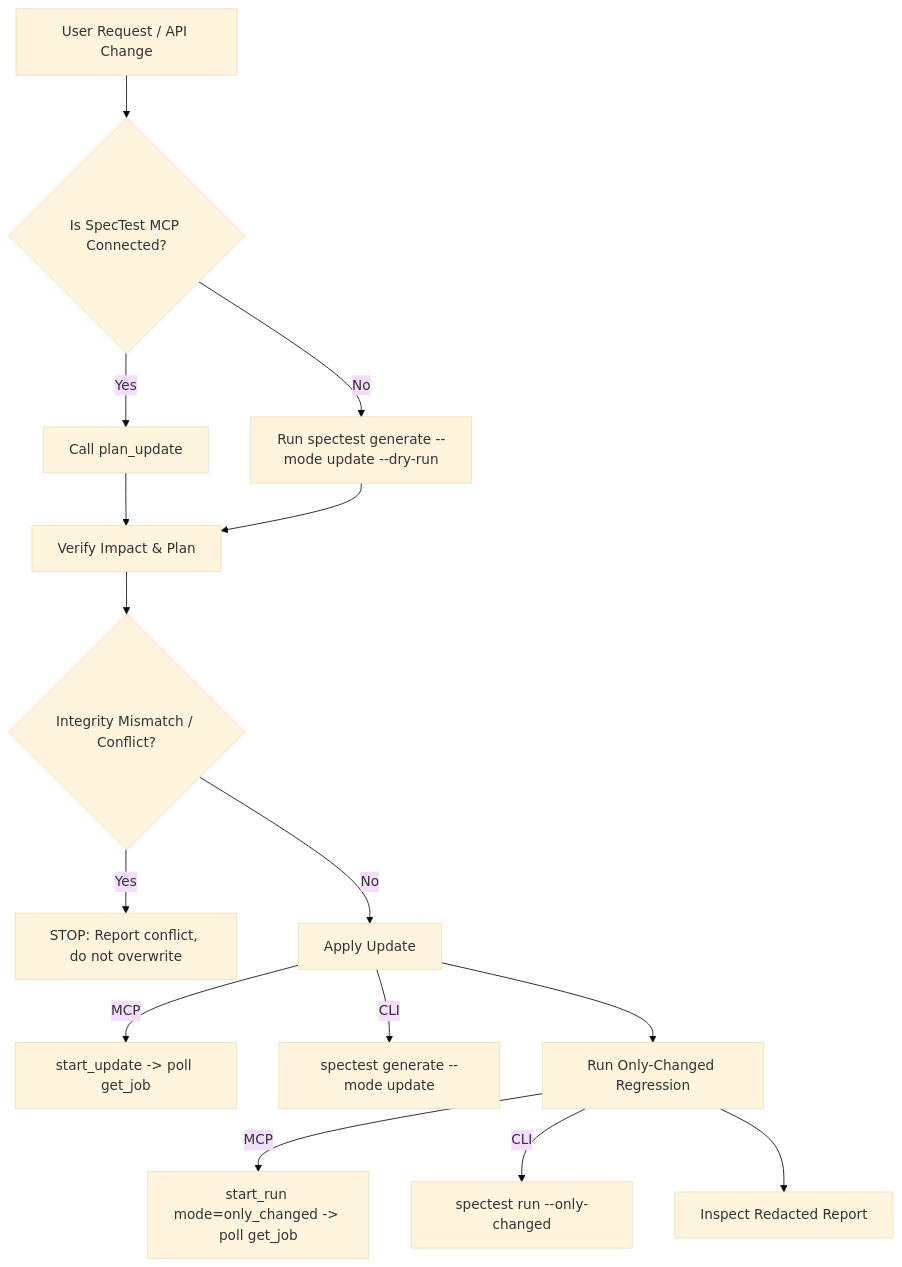
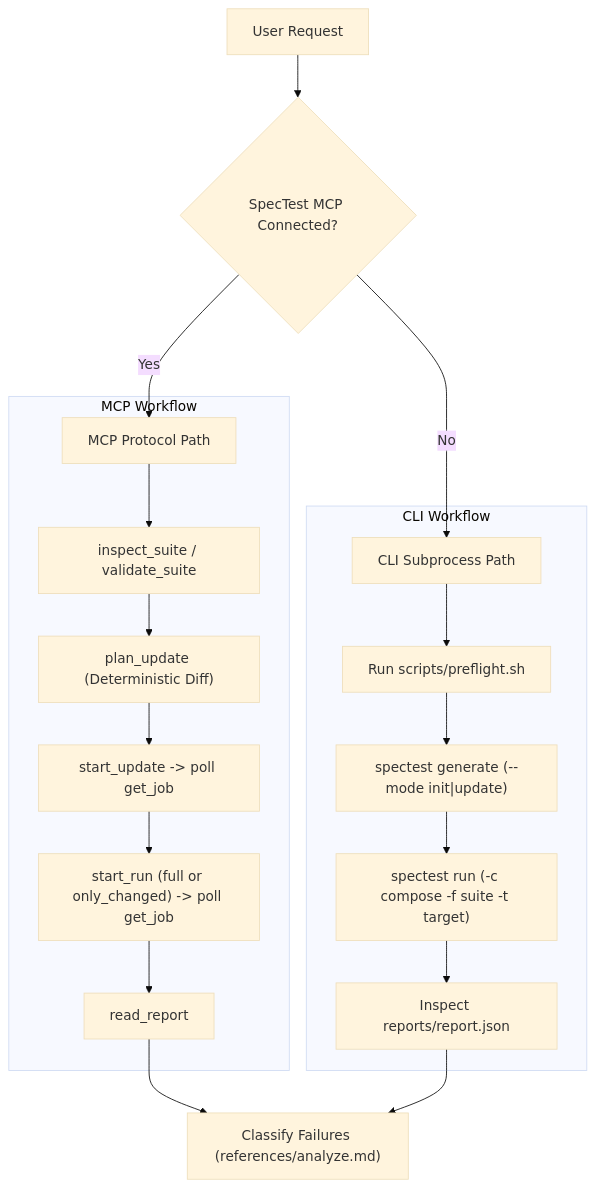
The diagram in skills/spectest/SKILL.md (nguyentin05/spectest), drawn with Mermaid (base theme) before and after one commit. The commit also changed other lines of this file and 6 other files, not shown here.

Commit message:
feat(skill): integrate 4-phase lifecycle, preflight validation and dual-path execution in english

````diff
--- a/skills/spectest/SKILL.md
+++ b/skills/spectest/SKILL.md
@@ -20,17 +28,25 @@
 ```mermaid
 flowchart TD
-    Start["User Request / API Change"] --> CheckMCP{"Is SpecTest MCP Connected?"}
-    CheckMCP -- Yes --> MCP_Plan["Call plan_update"]
-    CheckMCP -- No --> CLI_Plan["Run spectest generate --mode update --dry-run"]
-    MCP_Plan --> ReviewPlan["Verify Impact & Plan"]
-    CLI_Plan --> ReviewPlan
-    ReviewPlan --> CheckIntegrity{"Integrity Mismatch / Conflict?"}
-    CheckIntegrity -- Yes --> StopHalt["STOP: Report conflict, do not overwrite"]
-    CheckIntegrity -- No --> ExecuteUpdate["Apply Update"]
-    ExecuteUpdate -- MCP --> MCP_Update["start_update -> poll get_job"]
-    ExecuteUpdate -- CLI --> CLI_Update["spectest generate --mode update"]
-    ExecuteUpdate --> RunRegression["Run Only-Changed Regression"]
-    RunRegression -- MCP --> MCP_Run["start_run mode=only_changed -> poll get_job"]
-    RunRegression -- CLI --> CLI_Run["spectest run --only-changed"]
-    RunRegression --> ReadReport["Inspect Redacted Report"]
+    Start["User Request"] --> CheckMCP{"SpecTest MCP Connected?"}
+
+    CheckMCP -- Yes --> MCP_Path["MCP Protocol Path"]
+    CheckMCP -- No --> CLI_Path["CLI Subprocess Path"]
+
+    subgraph "MCP Workflow"
+        MCP_Path --> MCP_Inspect["inspect_suite / validate_suite"]
+        MCP_Inspect --> MCP_Plan["plan_update (Deterministic Diff)"]
+        MCP_Plan --> MCP_Update["start_update -> poll get_job"]
+        MCP_Update --> MCP_Run["start_run (full or only_changed) -> poll get_job"]
+        MCP_Run --> MCP_Report["read_report"]
+    end
+
+    subgraph "CLI Workflow"
+        CLI_Path --> Preflight["Run scripts/preflight.sh"]
+        Preflight --> CLI_Gen["spectest generate (--mode init|update)"]
+        CLI_Gen --> CLI_Run["spectest run (-c compose -f suite -t target)"]
+        CLI_Run --> CLI_Report["Inspect reports/report.json"]
+    end
+
+    MCP_Report --> Analyze["Classify Failures (references/analyze.md)"]
+    CLI_Report --> Analyze
 ```
````
